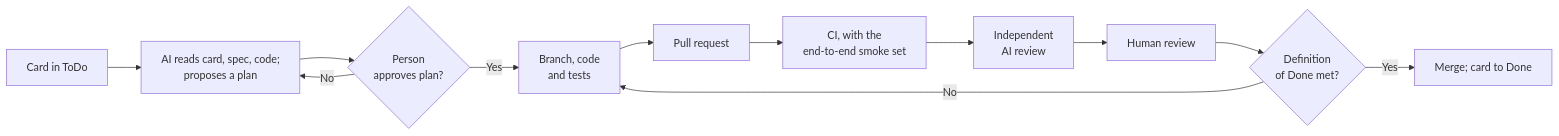
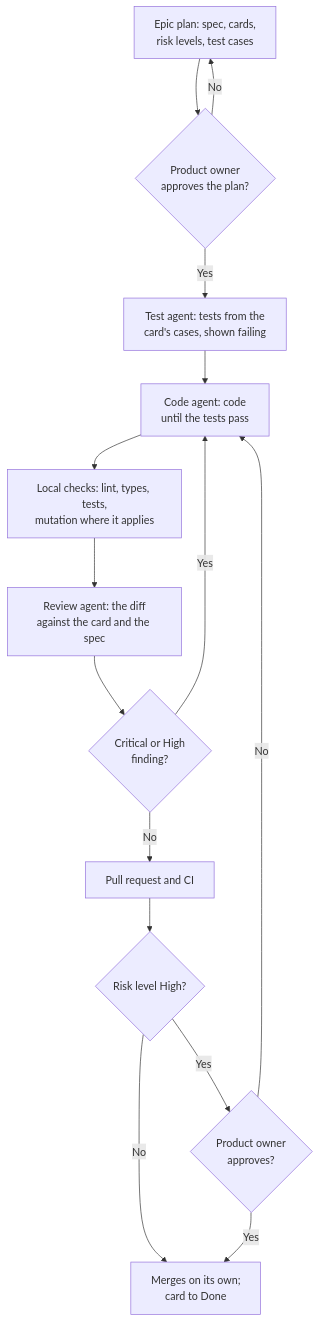
One commit to huynguyennang-agilityio/tripmate-docs changed the second of 2 diagrams in docs/development-flow.md. Above: the diagram before and after it, drawn with Mermaid. The commit also changed other lines of this file and 5 other files, not shown here.

First line of the commit message:
Development flow v1.5: test-first agents, risk levels, product owner reviews High cards only

````diff
--- a/docs/development-flow.md
+++ b/docs/development-flow.md
@@ -92,14 +102,17 @@
 ```mermaid
-flowchart LR
-    R["Card in ToDo"] --> P["AI reads card, spec, code;<br/>proposes a plan"]
-    P --> A{"Person<br/>approves plan?"}
+flowchart TD
+    P["Epic plan: spec, cards,<br/>risk levels, test cases"] --> A{"Product owner<br/>approves the plan?"}
     A -->|No| P
-    A -->|Yes| B["Branch, code<br/>and tests"]
-    B --> PR["Pull request"]
-    PR --> CI["CI, with the<br/>end-to-end smoke set"]
-    CI --> AR["Independent<br/>AI review"]
-    AR --> HR["Human review"]
-    HR --> D{"Definition<br/>of Done met?"}
-    D -->|No| B
-    D -->|Yes| M["Merge; card to Done"]
+    A -->|Yes| T["Test agent: tests from the<br/>card's cases, shown failing"]
+    T --> C["Code agent: code<br/>until the tests pass"]
+    C --> G["Local checks: lint, types, tests,<br/>mutation where it applies"]
+    G --> R["Review agent: the diff<br/>against the card and the spec"]
+    R --> F{"Critical or High<br/>finding?"}
+    F -->|Yes| C
+    F -->|No| PR["Pull request and CI"]
+    PR --> K{"Risk level High?"}
+    K -->|No| M["Merges on its own;<br/>card to Done"]
+    K -->|Yes| H{"Product owner<br/>approves?"}
+    H -->|Yes| M
+    H -->|No| C
 ```
````
